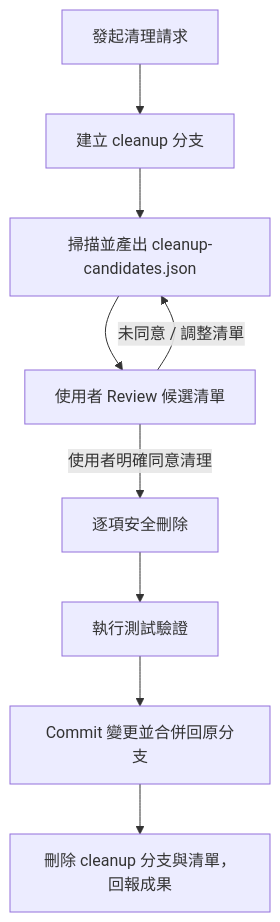
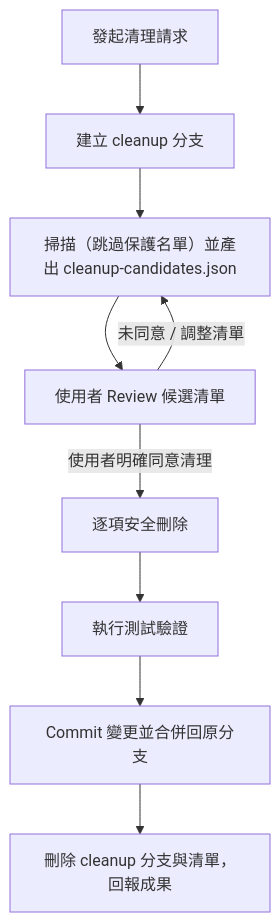
The diagram in my-plugins/my-workflow/skills/my-codebase-clear/SKILL.md (VECTOR-COOL/my-agent-toolkit), drawn with Mermaid before and after one commit. The commit also changed other lines of this file and 1 other file, not shown here.

````diff
--- a/my-plugins/my-workflow/skills/my-codebase-clear/SKILL.md
+++ b/my-plugins/my-workflow/skills/my-codebase-clear/SKILL.md
@@ -10,11 +10,11 @@
 ```mermaid
 graph TD
   A[發起清理請求] --> B[建立 cleanup 分支]
-  B --> C[掃描並產出 cleanup-candidates.json]
+  B --> C[掃描（跳過保護名單）並產出 cleanup-candidates.json]
   C --> D[使用者 Review 候選清單]
   D -->|未同意 / 調整清單| C
   D -->|使用者明確同意清理| E[逐項安全刪除]
   E --> F[執行測試驗證]
   F --> G[Commit 變更並合併回原分支]
   G --> H[刪除 cleanup 分支與清單，回報成果]
 ```
````
